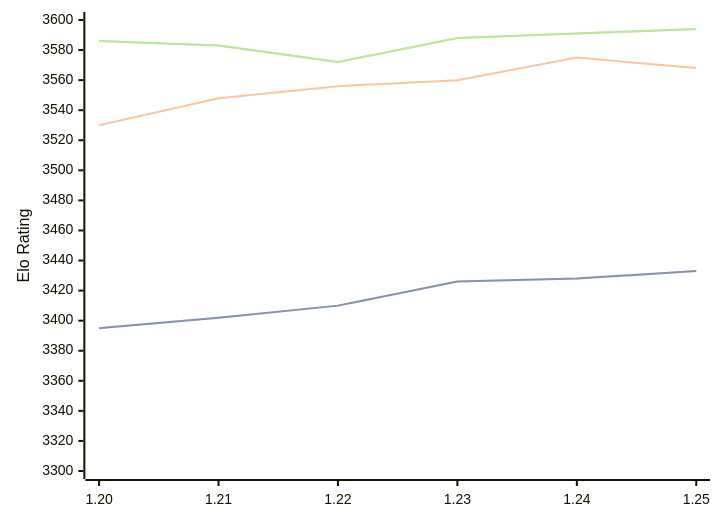
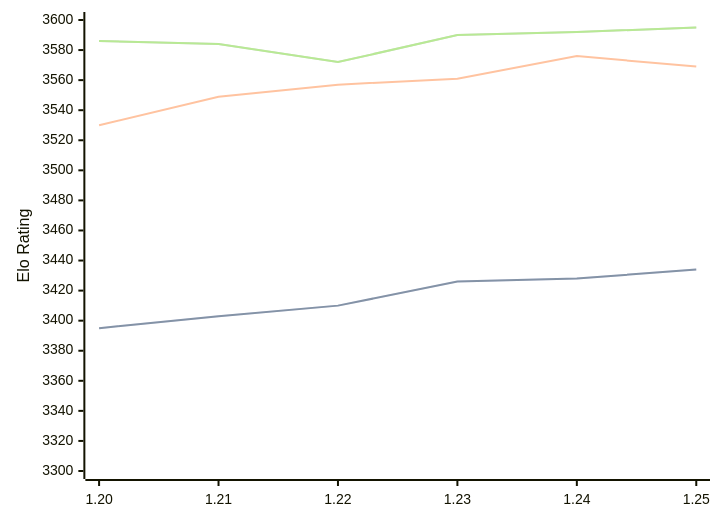
One commit to computer-chess-index/cci changed the diagram in engines/Caissa.md. Above: the diagram before and after it, drawn with Mermaid. The commit also changed other lines of this file, not shown here.

Commit message:
Update CCI Ratings (ELO VLTC) - 2026-05-01

````diff
--- a/engines/Caissa.md
+++ b/engines/Caissa.md
@@ -65,11 +65,11 @@
 ```mermaid
 %%{init: {"theme":"base","themeVariables":{"seriesColors:['#a3a3a3','#222221','#faa371']}}}%%
 xychart-beta
   x-axis ["1.20", "1.21", "1.22", "1.23", "1.24", "1.25"]
   y-axis "Elo Rating" 3300 --> 3600
-  line "STC (8.0+0.08s)" [3395, 3402, 3410, 3426, 3428, 3433]
-  line "STC (8.0+0.08s)" [3395, 3402, 3410, 3426, 3428, 3433]
-  line "LTC (60.0+0.60s)" [3530, 3548, 3556, 3560, 3575, 3568]
-  line "VLTC (2m24s+1.12s)" [3586, 3583, 3572, 3588, 3591, 3594]
-  line "VLTC (2m24s+1.12s)" [3586, 3583, 3572, 3588, 3591, 3594]
+  line "STC (8.0+0.08s)" [3395, 3403, 3410, 3426, 3428, 3434]
+  line "STC (8.0+0.08s)" [3395, 3403, 3410, 3426, 3428, 3434]
+  line "LTC (60.0+0.60s)" [3530, 3549, 3557, 3561, 3576, 3569]
+  line "VLTC (2m24s+1.12s)" [3586, 3584, 3572, 3590, 3592, 3595]
+  line "VLTC (2m24s+1.12s)" [3586, 3584, 3572, 3590, 3592, 3595]
 ```
````
